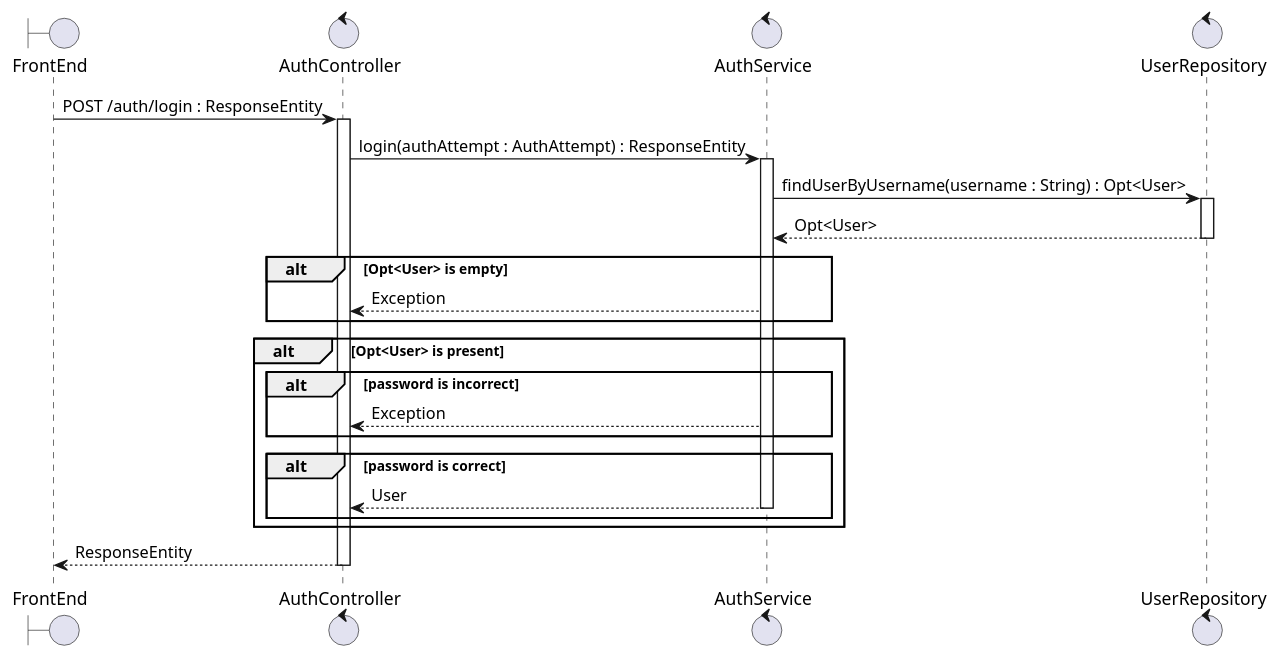
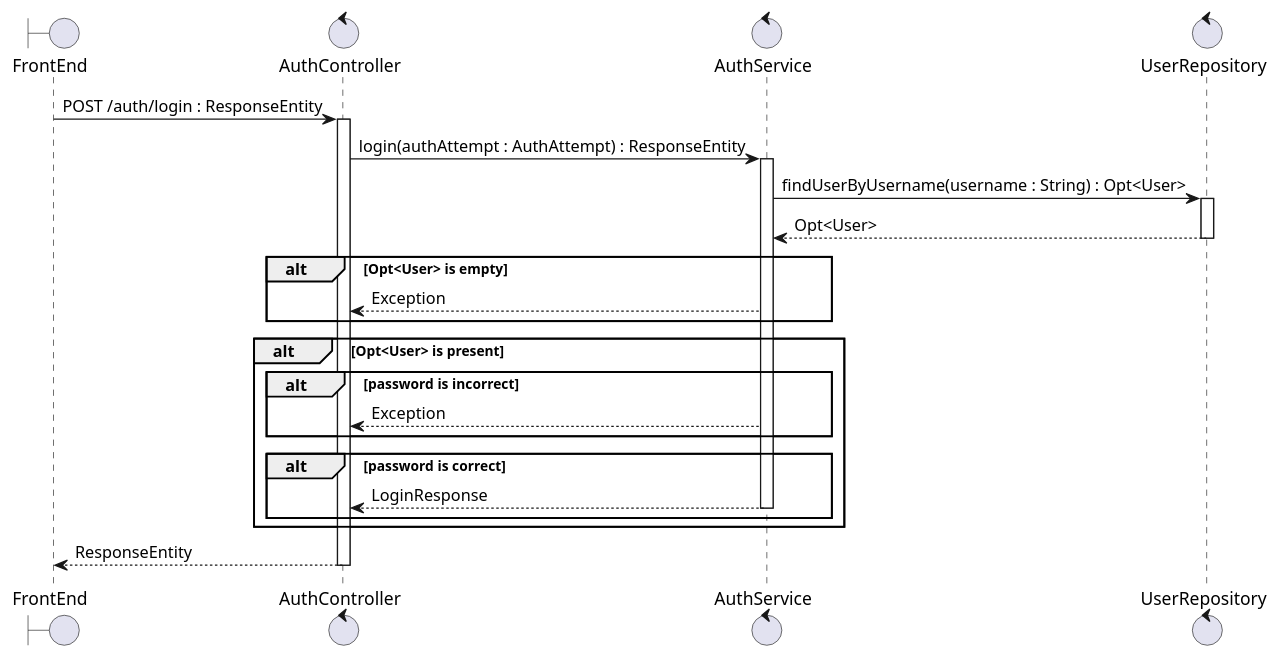
One commit to MoermansJ/eindwerk_backEnd changed the second of 2 diagrams in docs/sequenceDiagram.md. Above: the diagram before and after it, drawn with PlantUML. The commit also changed 13 other files, not shown here.

````diff
--- a/docs/sequenceDiagram.md
+++ b/docs/sequenceDiagram.md
@@ -47,40 +47,40 @@
 ```plantuml
 @startuml
 Boundary FrontEnd as frontend
 Control AuthController as authcontroller
 Control AuthService as authservice
 Control UserRepository as userrepository
 
 frontend -> authcontroller : POST /auth/login : ResponseEntity
 activate authcontroller
 
 authcontroller -> authservice : login(authAttempt : AuthAttempt) : ResponseEntity
 activate authservice
 
 
 authservice -> userrepository : findUserByUsername(username : String) : Opt<User>
 activate userrepository
 
 userrepository --> authservice : Opt<User>
 deactivate userrepository
 
 alt Opt<User> is empty
 authservice --> authcontroller : Exception
 end
 
 alt Opt<User> is present
 	alt	password is incorrect
 	authservice --> authcontroller : Exception
 	end
 
 	alt password is correct
-	authservice --> authcontroller : User
+	authservice --> authcontroller : LoginResponse
 	deactivate authservice
 	end
 end
 
 authcontroller --> frontend : ResponseEntity
 deactivate authcontroller
 
 @enduml
 ```
````
